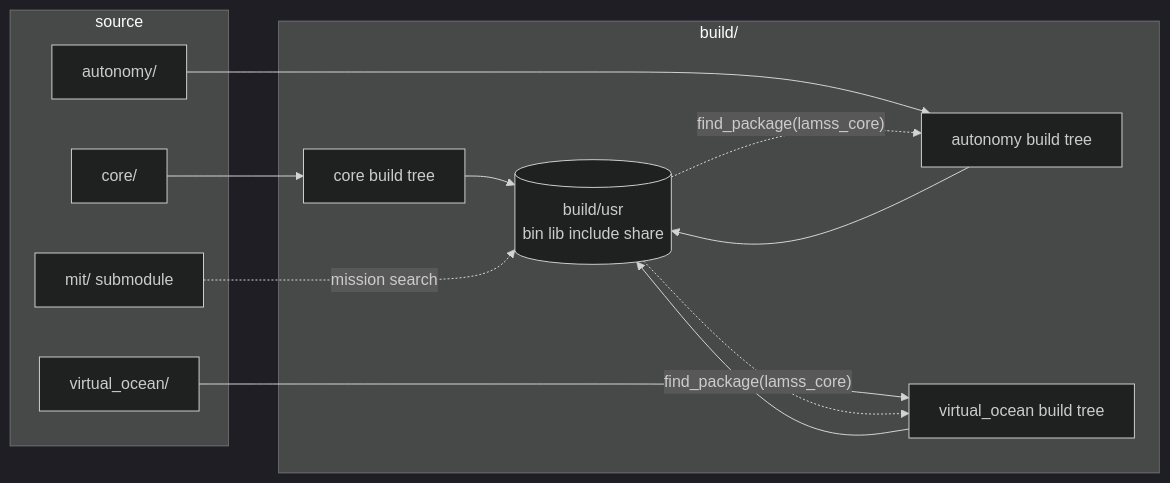
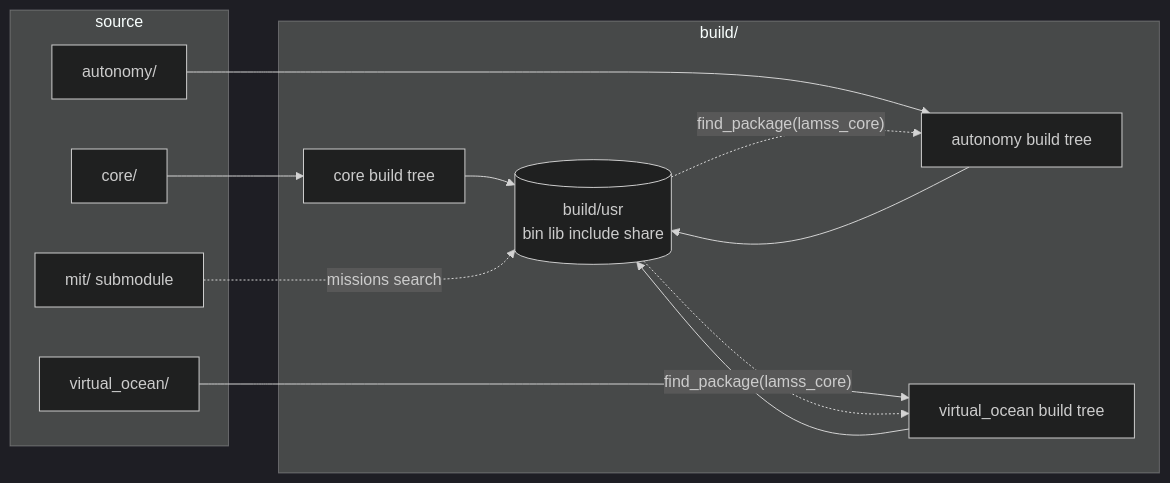
The first of 2 diagrams in core/src/doc/plan/claude/02-repository-layout-and-build.md (GobySoft/lamss3), drawn with Mermaid (dark theme) before and after one commit. The commit also changed other lines of this file and 11 other files, not shown here.

````diff
--- a/core/src/doc/plan/claude/02-repository-layout-and-build.md
+++ b/core/src/doc/plan/claude/02-repository-layout-and-build.md
@@ -52,21 +52,21 @@
 ```mermaid
 flowchart LR
   subgraph src [source]
     core_s[core/]
     auto_s[autonomy/]
     vo_s[virtual_ocean/]
     mit_s[mit/ submodule]
   end
   subgraph build [build/]
     core_b[core build tree]
     auto_b[autonomy build tree]
     vo_b[virtual_ocean build tree]
     usr[(build/usr<br/>bin lib include share)]
   end
   core_s --> core_b --> usr
   auto_s --> auto_b --> usr
   vo_s --> vo_b --> usr
   usr -. find_package(lamss_core) .-> auto_b
   usr -. find_package(lamss_core) .-> vo_b
-  mit_s -. mission search .-> usr
+  mit_s -. missions search .-> usr
 ```
````
